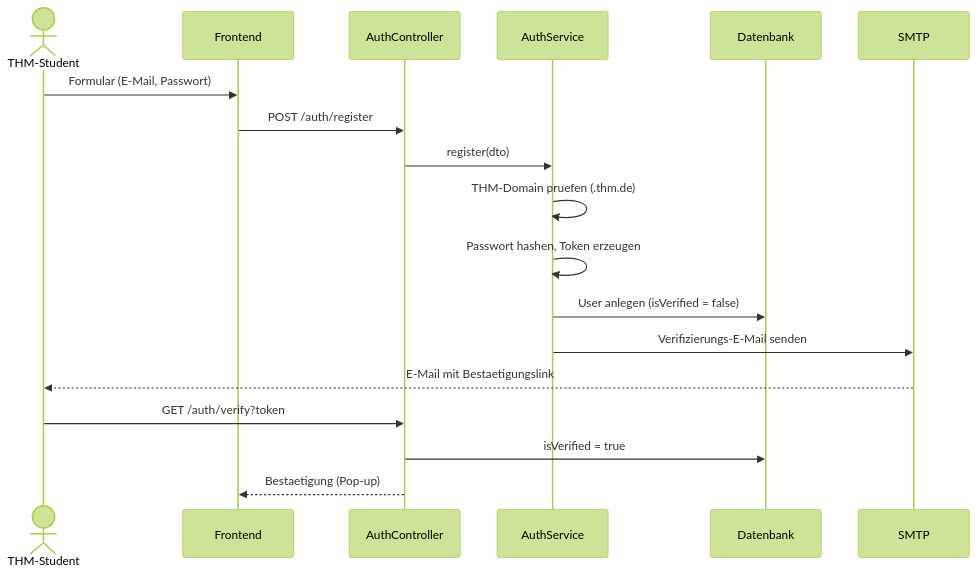
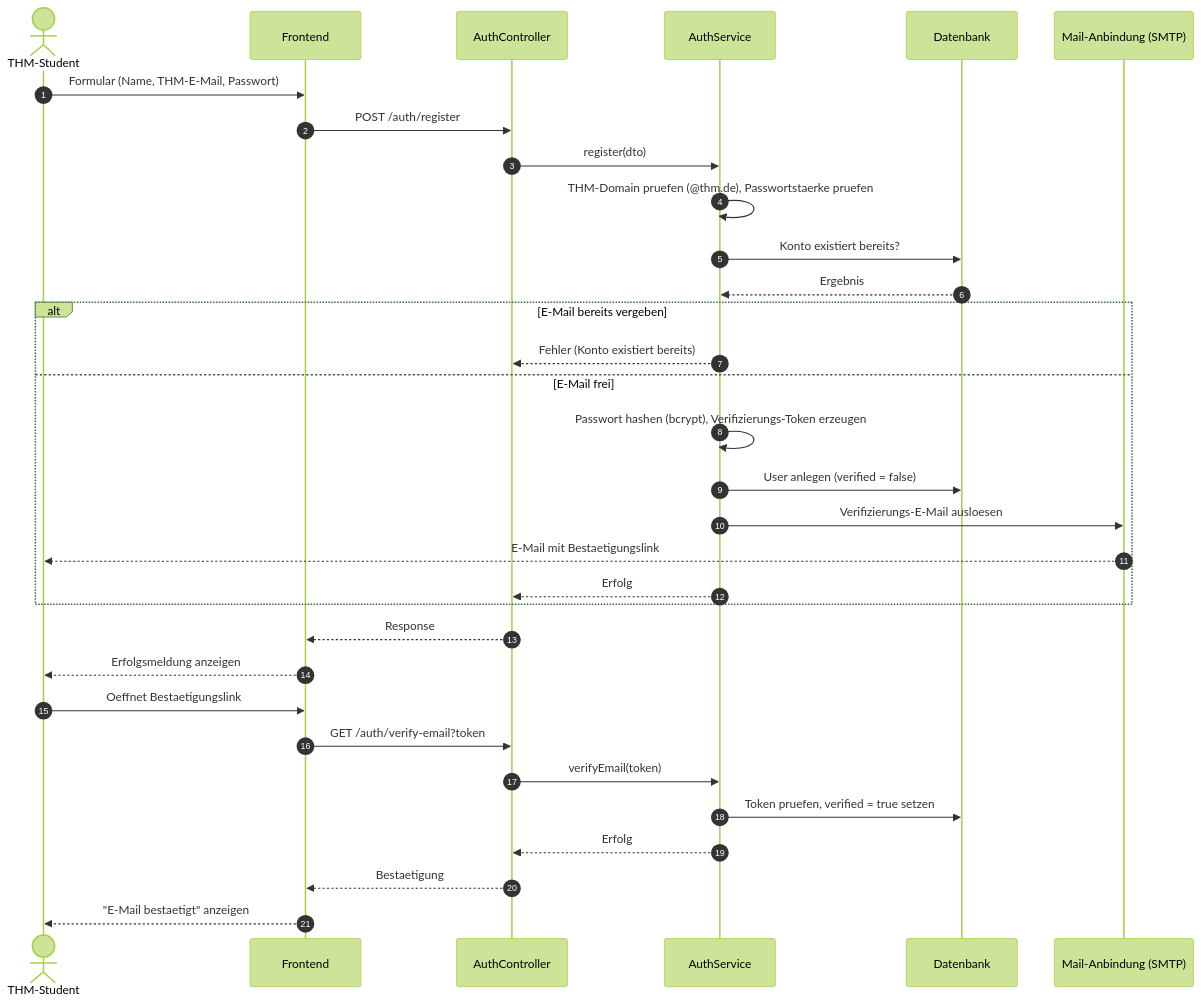
The diagram in docs/arch/diagrams-code/a06-laufzeitdiagramm_registrierung_verifizierung.mmd (PatilYash0110/THMarket), drawn with Mermaid (forest theme) before and after one commit.

Commit message:
docs(arch): update Laufzeitdiagramm Registrierung
Updated the registration and verification sequence diagram to include additional checks for email uniqueness and password strength, as well as improved messaging for success and error states.

```diff
--- a/docs/arch/diagrams-code/a06-laufzeitdiagramm_registrierung_verifizierung.mmd
+++ b/docs/arch/diagrams-code/a06-laufzeitdiagramm_registrierung_verifizierung.mmd
@@ -1,19 +1,34 @@
-%% Abbildung 12: Laufzeitsicht - Registrierung & Verifizierung
 sequenceDiagram
+    autonumber
     actor S as THM-Student
     participant FE as Frontend
     participant API as AuthController
     participant SVC as AuthService
     participant DB as Datenbank
-    participant M as SMTP
-    S->>FE: Formular (E-Mail, Passwort)
+    participant M as Mail-Anbindung (SMTP)
+
+    S->>FE: Formular (Name, THM-E-Mail, Passwort)
     FE->>API: POST /auth/register
     API->>SVC: register(dto)
-    SVC->>SVC: THM-Domain pruefen (.thm.de)
-    SVC->>SVC: Passwort hashen, Token erzeugen
-    SVC->>DB: User anlegen (isVerified = false)
-    SVC->>M: Verifizierungs-E-Mail senden
-    M-->>S: E-Mail mit Bestaetigungslink
-    S->>API: GET /auth/verify?token
-    API->>DB: isVerified = true
-    API-->>FE: Bestaetigung (Pop-up)
+    SVC->>SVC: THM-Domain pruefen (@thm.de), Passwortstaerke pruefen
+    SVC->>DB: Konto existiert bereits?
+    DB-->>SVC: Ergebnis
+    alt E-Mail bereits vergeben
+        SVC-->>API: Fehler (Konto existiert bereits)
+    else E-Mail frei
+        SVC->>SVC: Passwort hashen (bcrypt), Verifizierungs-Token erzeugen
+        SVC->>DB: User anlegen (verified = false)
+        SVC->>M: Verifizierungs-E-Mail ausloesen
+        M-->>S: E-Mail mit Bestaetigungslink
+        SVC-->>API: Erfolg
+    end
+    API-->>FE: Response
+    FE-->>S: Erfolgsmeldung anzeigen
+
+    S->>FE: Oeffnet Bestaetigungslink
+    FE->>API: GET /auth/verify-email?token
+    API->>SVC: verifyEmail(token)
+    SVC->>DB: Token pruefen, verified = true setzen
+    SVC-->>API: Erfolg
+    API-->>FE: Bestaetigung
+    FE-->>S: "E-Mail bestaetigt" anzeigen
```
